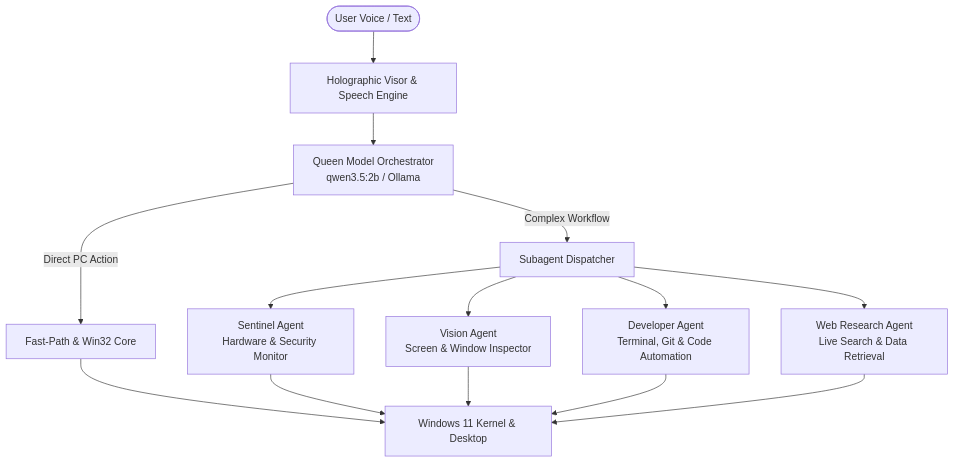
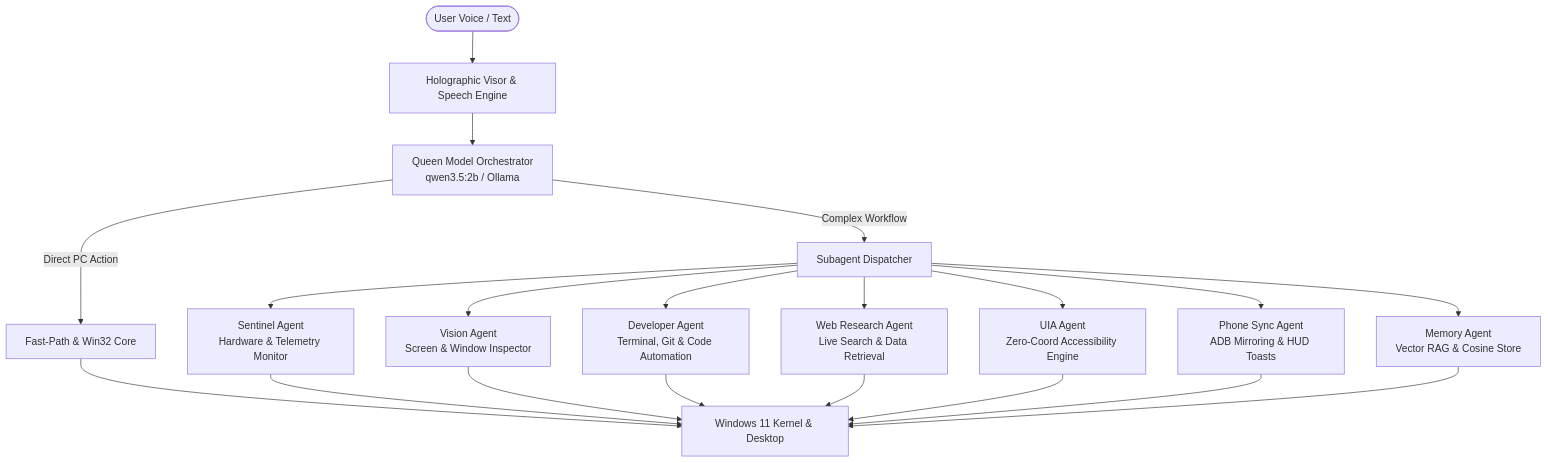
One commit to skullhacker007/Jarvis changed the diagram in AGENTS.md. Above: the diagram before and after it, drawn with Mermaid. The commit also changed other lines of this file and 2 other files, not shown here.

Commit message:
docs: update AGENTS.md, README.md, and SKILLS.md with full architecture, modularization, and new skills

````diff
--- a/AGENTS.md
+++ b/AGENTS.md
@@ -35,19 +34,25 @@
 ```mermaid
 flowchart TD
     User([User Voice / Text]) --> Visor[Holographic Visor & Speech Engine]
     Visor --> Queen[Queen Model Orchestrator\nqwen3.5:2b / Ollama]
     
     Queen -->|Direct PC Action| FastPath[Fast-Path & Win32 Core]
     Queen -->|Complex Workflow| SubagentRouter[Subagent Dispatcher]
     
-    SubagentRouter --> Agent1[Sentinel Agent\nHardware & Security Monitor]
+    SubagentRouter --> Agent1[Sentinel Agent\nHardware & Telemetry Monitor]
     SubagentRouter --> Agent2[Vision Agent\nScreen & Window Inspector]
     SubagentRouter --> Agent3[Developer Agent\nTerminal, Git & Code Automation]
     SubagentRouter --> Agent4[Web Research Agent\nLive Search & Data Retrieval]
+    SubagentRouter --> Agent5[UIA Agent\nZero-Coord Accessibility Engine]
+    SubagentRouter --> Agent6[Phone Sync Agent\nADB Mirroring & HUD Toasts]
+    SubagentRouter --> Agent7[Memory Agent\nVector RAG & Cosine Store]
 
     FastPath --> WindowsOS[Windows 11 Kernel & Desktop]
     Agent1 --> WindowsOS
     Agent2 --> WindowsOS
     Agent3 --> WindowsOS
     Agent4 --> WindowsOS
+    Agent5 --> WindowsOS
+    Agent6 --> WindowsOS
+    Agent7 --> WindowsOS
 ```
````
